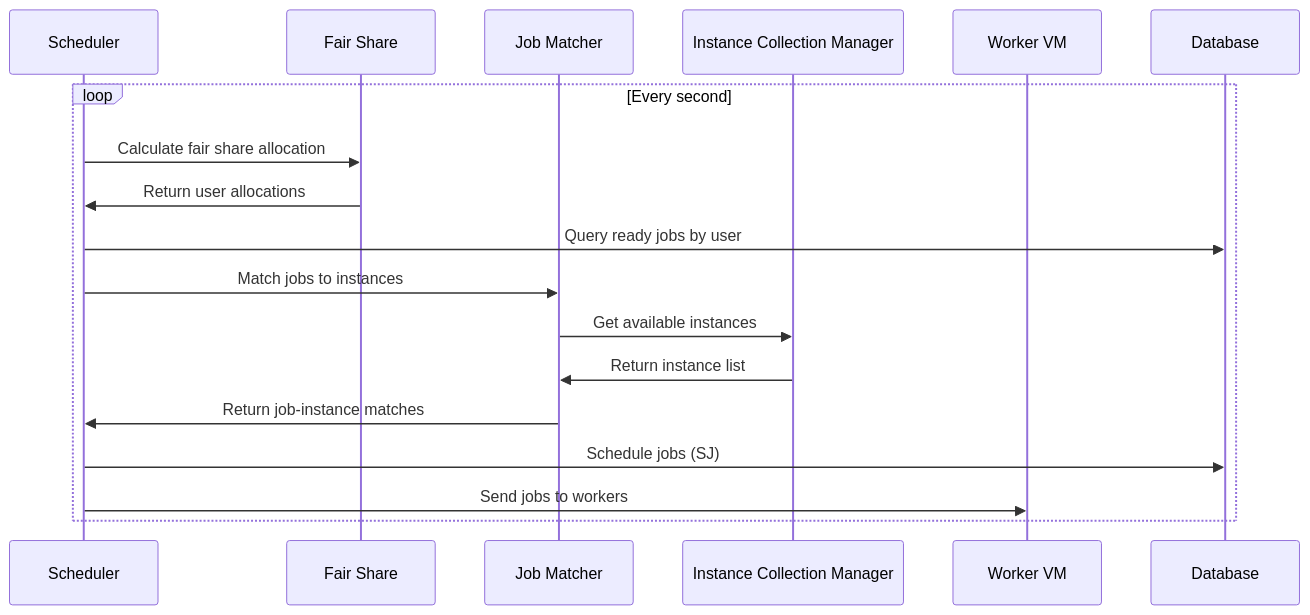
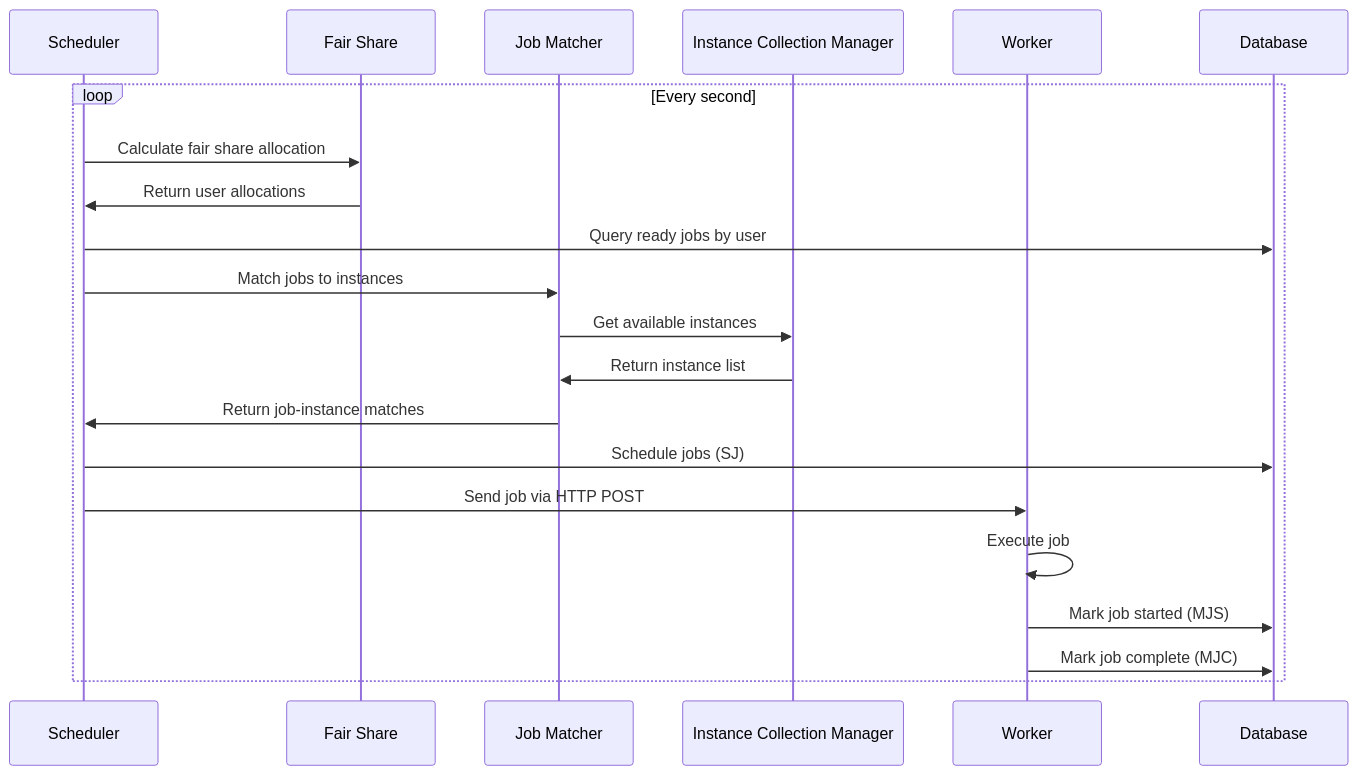
One commit to cjllanwarne/hail changed the seventh of 9 diagrams in dev-docs/services/batch/code-structure.md. Above: the diagram before and after it, drawn with Mermaid. The commit also changed other lines of this file, not shown here.

````diff
--- a/dev-docs/services/batch/code-structure.md
+++ b/dev-docs/services/batch/code-structure.md
@@ -325,21 +328,24 @@
 ```mermaid
 sequenceDiagram
     participant S as Scheduler
     participant FS as Fair Share
     participant JM as Job Matcher
     participant ICM as Instance Collection Manager
-    participant W as Worker VM
+    participant W as Worker
     participant DB as Database
     
     loop Every second
         S->>FS: Calculate fair share allocation
         FS->>S: Return user allocations
         S->>DB: Query ready jobs by user
         S->>JM: Match jobs to instances
         JM->>ICM: Get available instances
         ICM->>JM: Return instance list
         JM->>S: Return job-instance matches
         S->>DB: Schedule jobs (SJ)
-        S->>W: Send jobs to workers
+        S->>W: Send job via HTTP POST
+        W->>W: Execute job
+        W->>DB: Mark job started (MJS)
+        W->>DB: Mark job complete (MJC)
     end
 ```
````
